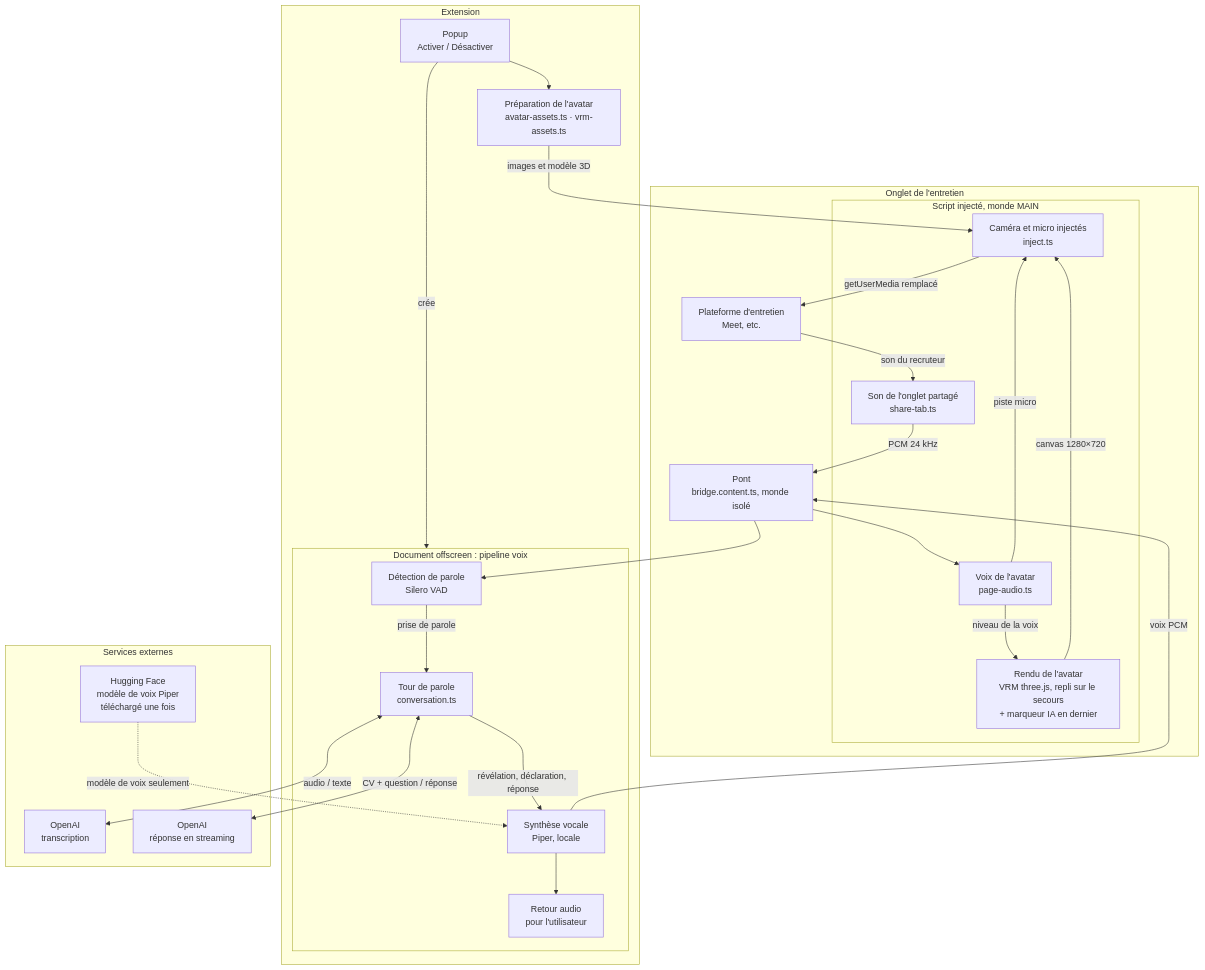
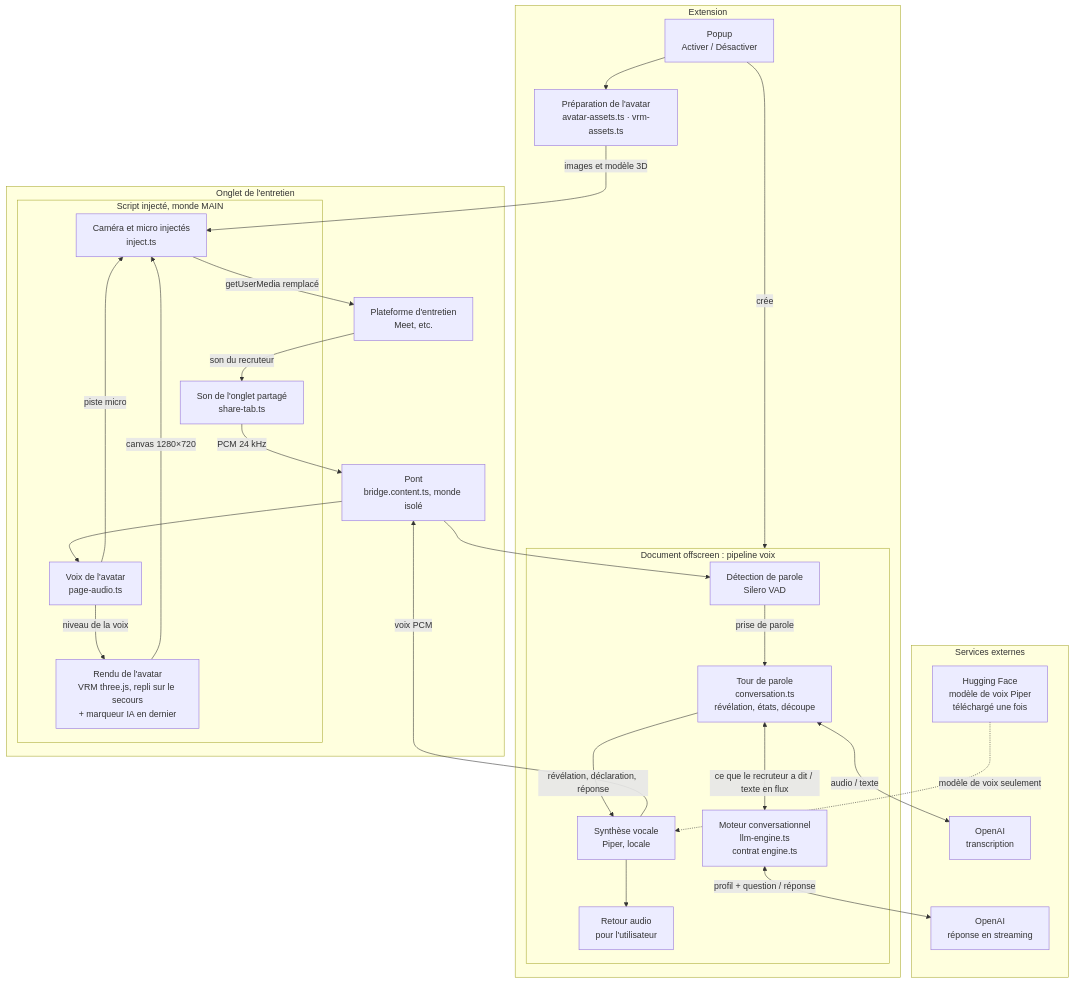
Before and after one commit to Donavan-projects/otherself: the first of 2 diagrams in docs/architecture.md, drawn with Mermaid. The commit also changed other lines of this file and 3 other files, not shown here.

Commit message:
Étape 6 : documentation du contrat (docs/moteur.md), architecture, CLAUDE.md, feuille de route (filtre de sortie noté comme piste)

````diff
--- a/docs/architecture.md
+++ b/docs/architecture.md
@@ -16,49 +16,51 @@
 ```mermaid
 flowchart TB
   subgraph EXT["Extension"]
     POPUP["Popup<br/>Activer / Désactiver"]
     PREP["Préparation de l'avatar<br/>avatar-assets.ts · vrm-assets.ts"]
     subgraph OFF["Document offscreen : pipeline voix"]
       VAD["Détection de parole<br/>Silero VAD"]
-      CONV["Tour de parole<br/>conversation.ts"]
+      CONV["Tour de parole<br/>conversation.ts<br/>révélation, états, découpe"]
+      ENGINE["Moteur conversationnel<br/>llm-engine.ts<br/>contrat engine.ts"]
       TTS["Synthèse vocale<br/>Piper, locale"]
       MON["Retour audio<br/>pour l'utilisateur"]
     end
   end
 
   subgraph TAB["Onglet de l'entretien"]
     subgraph MAIN["Script injecté, monde MAIN"]
       SHARE["Son de l'onglet partagé<br/>share-tab.ts"]
       RENDER["Rendu de l'avatar<br/>VRM three.js, repli sur le secours<br/>+ marqueur IA en dernier"]
       VOICE["Voix de l'avatar<br/>page-audio.ts"]
       INJ["Caméra et micro injectés<br/>inject.ts"]
     end
     BRIDGE["Pont<br/>bridge.content.ts, monde isolé"]
     PLATFORM["Plateforme d'entretien<br/>Meet, etc."]
   end
 
   subgraph CLOUD["Services externes"]
     STT["OpenAI<br/>transcription"]
     LLM["OpenAI<br/>réponse en streaming"]
     HF["Hugging Face<br/>modèle de voix Piper<br/>téléchargé une fois"]
   end
 
   POPUP --> PREP
   PREP -->|"images et modèle 3D"| INJ
   POPUP -->|"crée"| OFF
   PLATFORM -->|"son du recruteur"| SHARE
   SHARE -->|"PCM 24 kHz"| BRIDGE
   BRIDGE --> VAD
   VAD -->|"prise de parole"| CONV
   CONV <-->|"audio / texte"| STT
-  CONV <-->|"CV + question / réponse"| LLM
+  CONV <-->|"ce que le recruteur a dit / texte en flux"| ENGINE
+  ENGINE <-->|"profil + question / réponse"| LLM
   CONV -->|"révélation, déclaration, réponse"| TTS
   HF -.->|"modèle de voix seulement"| TTS
   TTS --> MON
   TTS -->|"voix PCM"| BRIDGE
   BRIDGE --> VOICE
   VOICE -->|"piste micro"| INJ
   VOICE -->|"niveau de la voix"| RENDER
   RENDER -->|"canvas 1280×720"| INJ
   INJ -->|"getUserMedia remplacé"| PLATFORM
 ```
````
